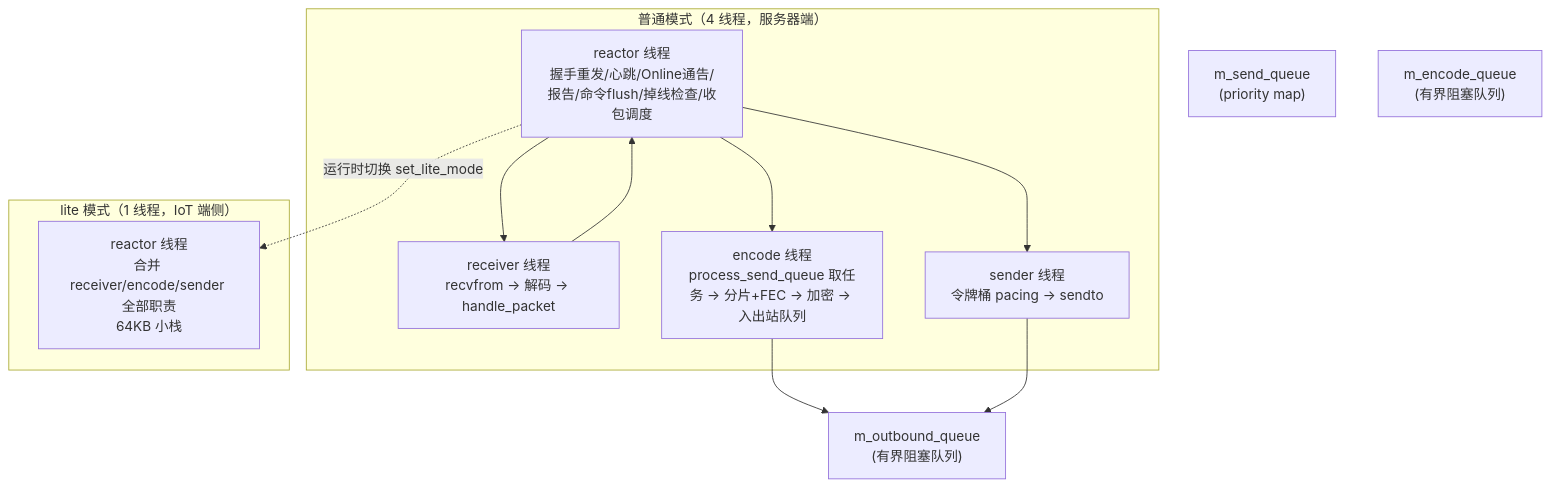
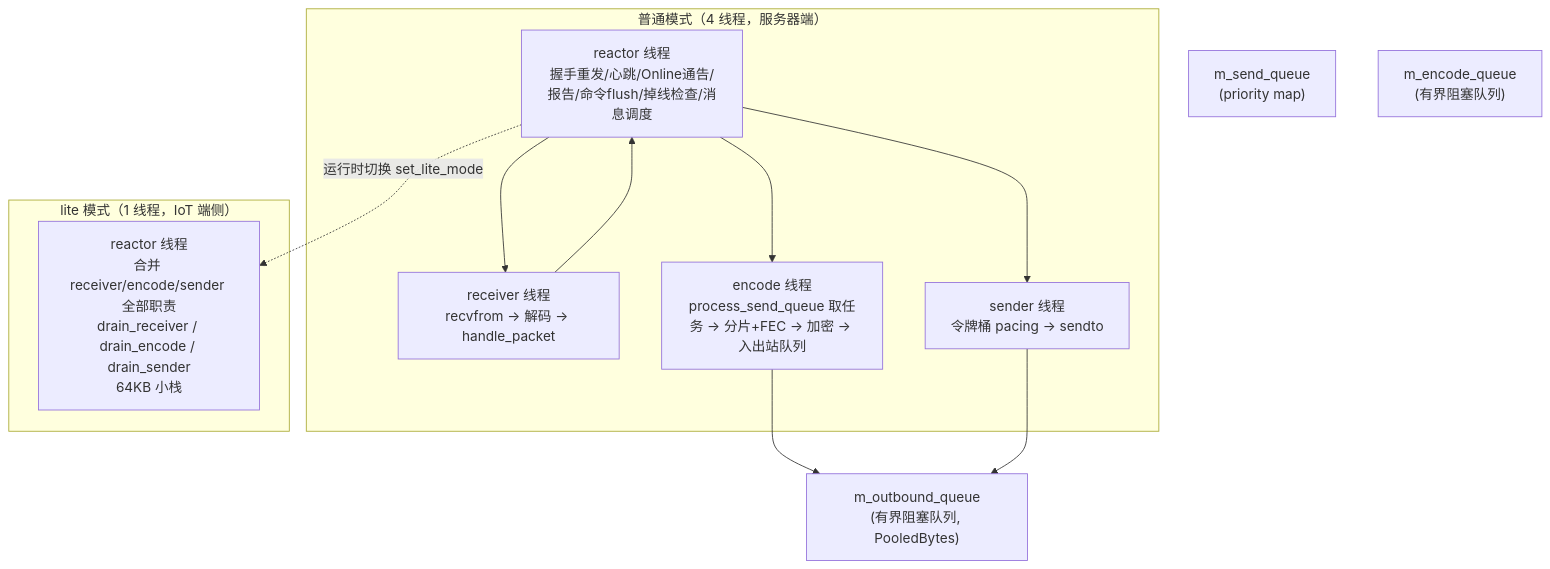
One commit to arrayforward/tight changed the second of 10 diagrams in docs/tight_architecture.md. Above: the diagram before and after it, drawn with Mermaid. The commit also changed other lines of this file and 5 other files, not shown here.

First line of the commit message:
docs: add design & API reference docs, refresh architecture/usage with mermaid

````diff
--- a/docs/tight_architecture.md
+++ b/docs/tight_architecture.md
@@ -68,24 +89,24 @@
 ```mermaid
 flowchart TB
     subgraph Normal["普通模式（4 线程，服务器端）"]
-        RT["reactor 线程<br/>握手重发/心跳/Online通告/报告/命令flush/掉线检查/收包调度"]
+        RT["reactor 线程<br/>握手重发/心跳/Online通告/报告/命令flush/掉线检查/消息调度"]
         RC["receiver 线程<br/>recvfrom → 解码 → handle_packet"]
         EN["encode 线程<br/>process_send_queue 取任务 → 分片+FEC → 加密 → 入出站队列"]
         SD["sender 线程<br/>令牌桶 pacing → sendto"]
     end
     subgraph Lite["lite 模式（1 线程，IoT 端侧）"]
-        RR["reactor 线程<br/>合并 receiver/encode/sender 全部职责<br/>64KB 小栈"]
+        RR["reactor 线程<br/>合并 receiver/encode/sender 全部职责<br/>drain_receiver / drain_encode / drain_sender<br/>64KB 小栈"]
     end
 
     RT --> RC
     RT --> EN
     RT --> SD
     RT -. 运行时切换 set_lite_mode .-> RR
 
     m_send_queue["m_send_queue<br/>(priority map<int, deque>)"]
     m_encode_queue["m_encode_queue<br/>(有界阻塞队列)"]
-    m_outbound_queue["m_outbound_queue<br/>(有界阻塞队列)"]
+    m_outbound_queue["m_outbound_queue<br/>(有界阻塞队列, PooledBytes)"]
     RC --> RT
     EN --> m_outbound_queue
     SD --> m_outbound_queue
 ```
````
